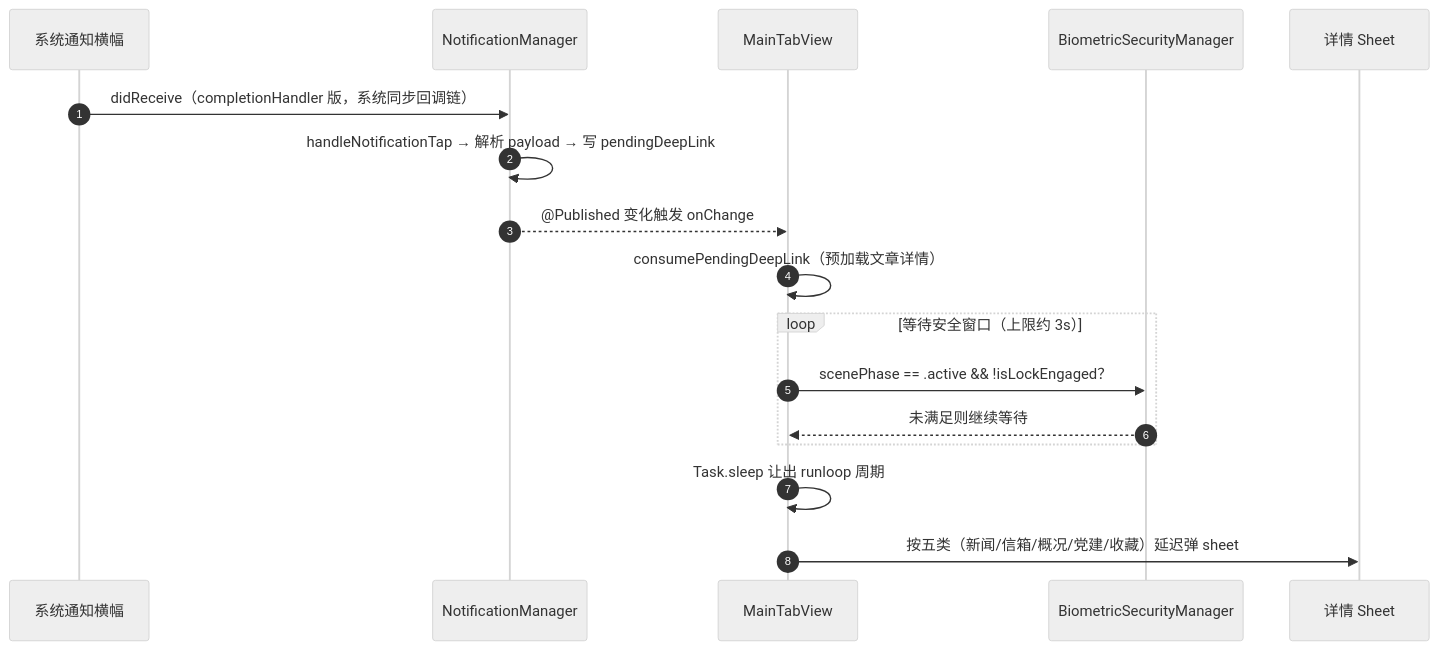
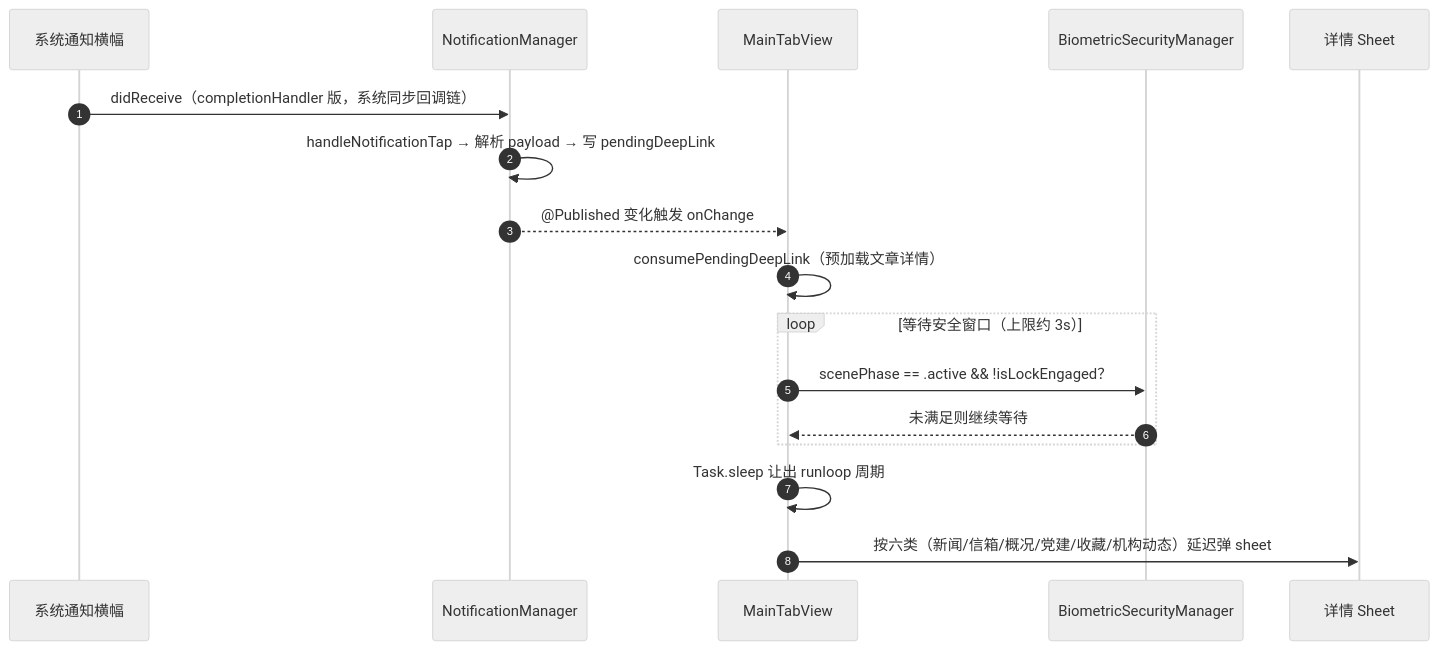
Before and after one commit to kkkh/demo: the fourth of 5 diagrams in qin/docs/code-wiki/01-项目整体架构.md, drawn with Mermaid (neutral theme). The commit also changed other lines of this file and 5 other files, not shown here.

````diff
--- a/qin/docs/code-wiki/01-项目整体架构.md
+++ b/qin/docs/code-wiki/01-项目整体架构.md
@@ -359,19 +368,19 @@
 ```mermaid
 sequenceDiagram
     autonumber
     participant Sys as 系统通知横幅
     participant NM as NotificationManager
     participant Tab as MainTabView
     participant Bio as BiometricSecurityManager
     participant Sheet as 详情 Sheet
     Sys->>NM: didReceive（completionHandler 版，系统同步回调链）
     NM->>NM: handleNotificationTap → 解析 payload → 写 pendingDeepLink
     NM-->>Tab: @Published 变化触发 onChange
     Tab->>Tab: consumePendingDeepLink（预加载文章详情）
     loop 等待安全窗口（上限约 3s）
         Tab->>Bio: scenePhase == .active && !isLockEngaged？
         Bio-->>Tab: 未满足则继续等待
     end
     Tab->>Tab: Task.sleep 让出 runloop 周期
-    Tab->>Sheet: 按五类（新闻/信箱/概况/党建/收藏）延迟弹 sheet
+    Tab->>Sheet: 按六类（新闻/信箱/概况/党建/收藏/机构动态）延迟弹 sheet
 ```
````
